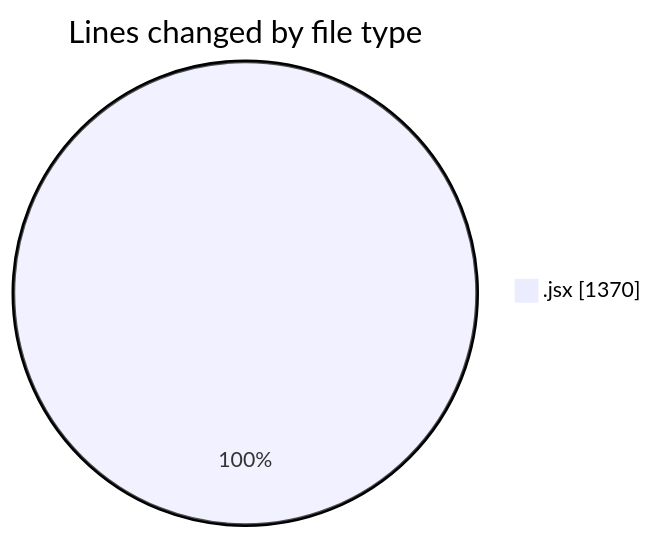
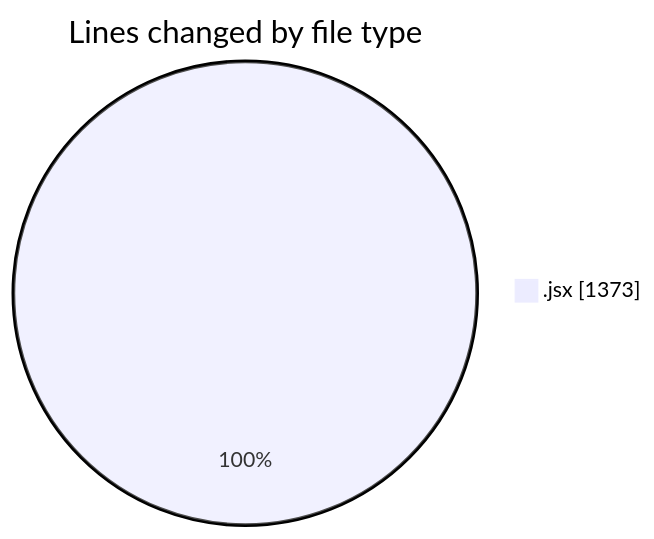
One commit to nxtqubesakshisongat/code-tracking changed the first of 2 diagrams in 2025-11-17/nxtqube_webapp/README.md. Above: the diagram before and after it, drawn with Mermaid. The commit also changed other lines of this file and 1 other file, not shown here.

````diff
--- a/2025-11-17/nxtqube_webapp/README.md
+++ b/2025-11-17/nxtqube_webapp/README.md
@@ -20,5 +20,5 @@
 ```mermaid
 pie showData
 title Lines changed by file type
-".jsx" : 1370
+".jsx" : 1373
 ```
````
